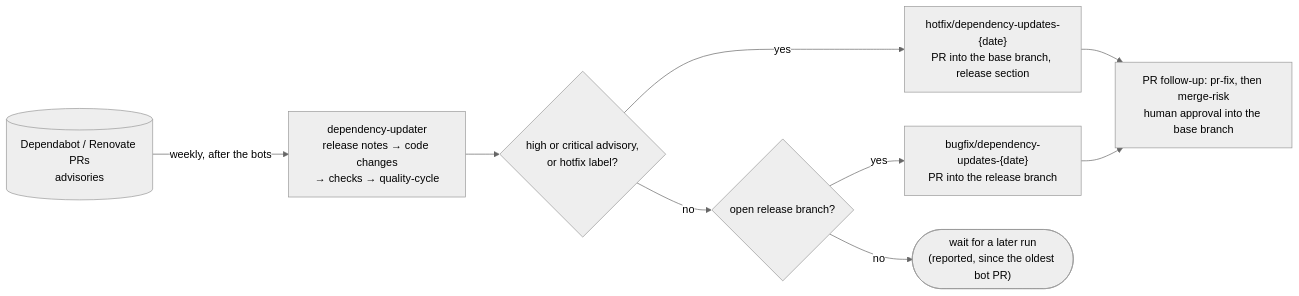
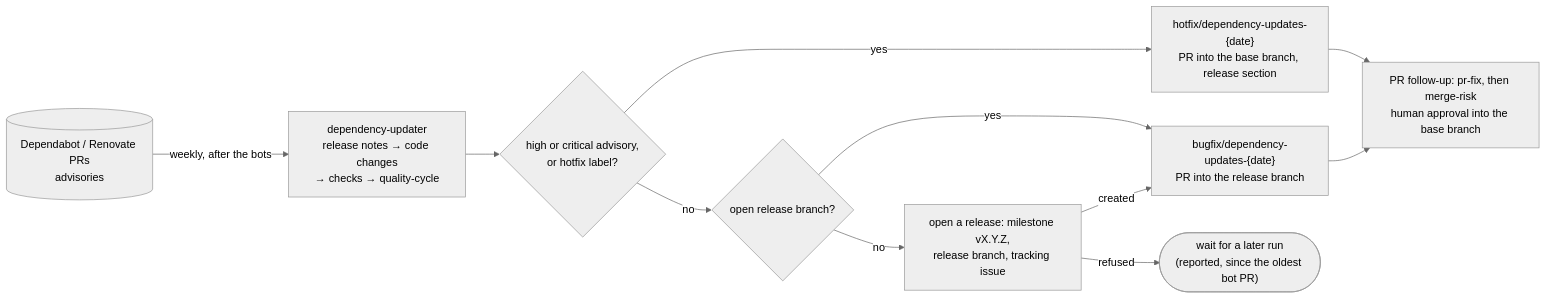
Before and after one commit to fbrissi/ai-skills: the seventh of 8 diagrams in docs/delivery-flow.md, drawn with Mermaid (neutral theme). The commit also changed other lines of this file and 31 other files, not shown here.

First line of the commit message:
feat: open a release when a bugfix has none

````diff
--- a/docs/delivery-flow.md
+++ b/docs/delivery-flow.md
@@ -244,11 +269,13 @@
 ```mermaid
 flowchart LR
   BOT[("Dependabot / Renovate PRs<br/>advisories")] -->|"weekly, after the bots"| DU["dependency-updater<br/>release notes → code changes<br/>→ checks → quality-cycle"]
   DU --> U{"high or critical advisory,<br/>or hotfix label?"}
   U -->|yes| HF["hotfix/dependency-updates-{date}<br/>PR into the base branch, release section"]
   U -->|no| RB{"open release branch?"}
   RB -->|yes| BF["bugfix/dependency-updates-{date}<br/>PR into the release branch"]
-  RB -->|no| W(["wait for a later run<br/>(reported, since the oldest bot PR)"])
+  RB -->|no| OP["open a release: milestone vX.Y.Z,<br/>release branch, tracking issue"]
+  OP -->|created| BF
+  OP -->|refused| W(["wait for a later run<br/>(reported, since the oldest bot PR)"])
   HF --> FU["PR follow-up: pr-fix, then merge-risk<br/>human approval into the base branch"]
   BF --> FU
 ```
````
